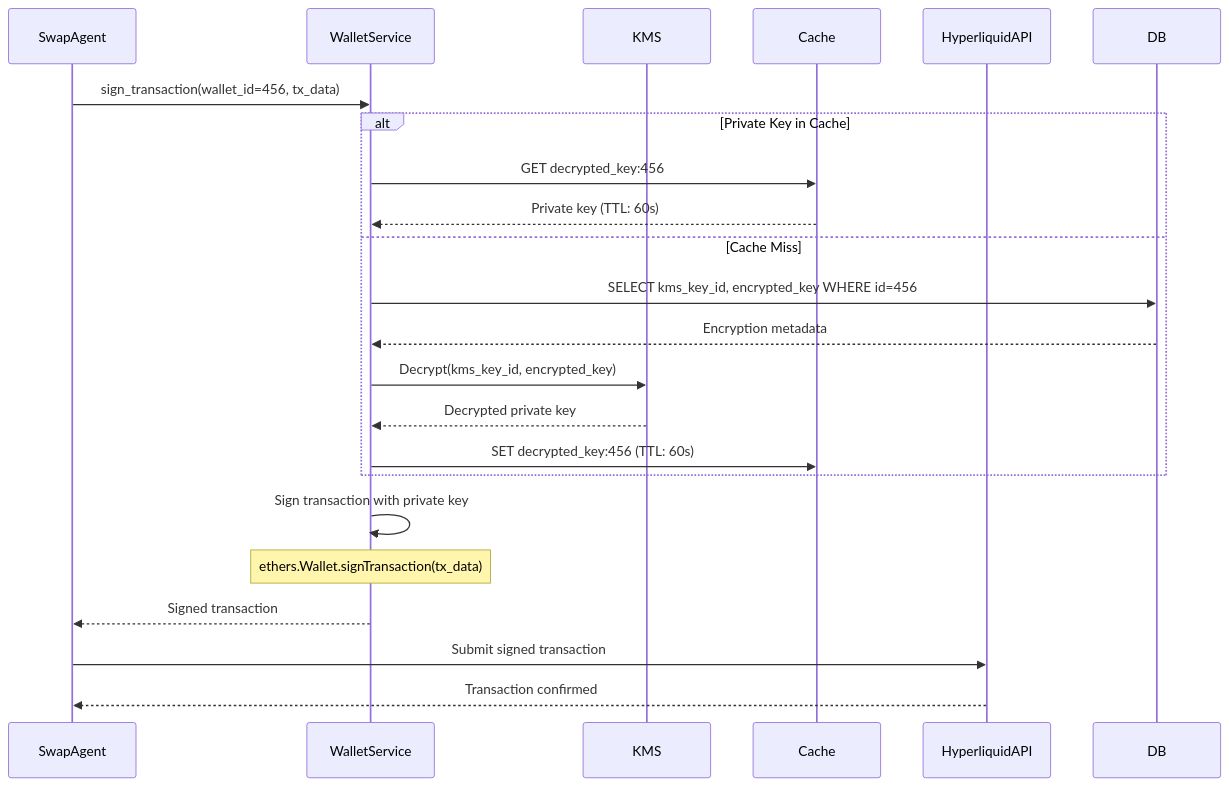
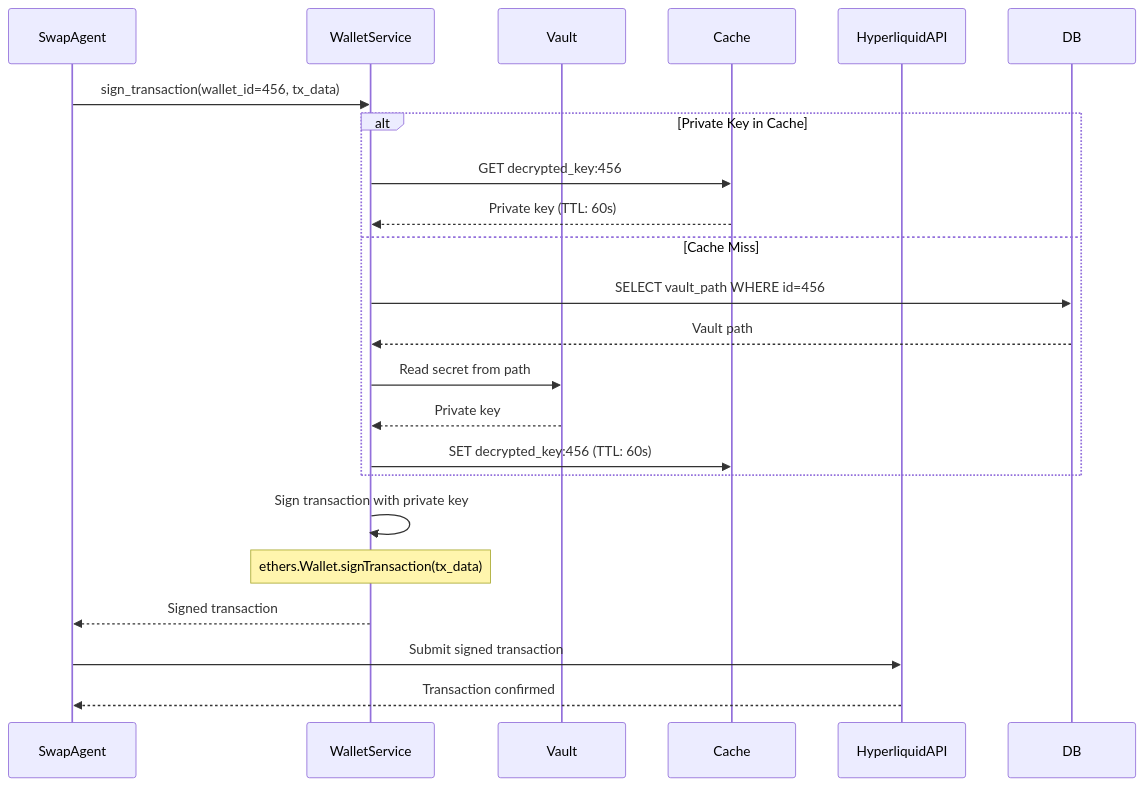
One commit to fabian416/anvil_backend changed the fourth of 5 diagrams in docs/ceo/agents/swap/backend/01_HYPERLIQUID_WALLET_MANAGEMENT_SPEC.md. Above: the diagram before and after it, drawn with Mermaid. The commit also changed other lines of this file and 3 other files, not shown here.

First line of the commit message:
docs: Update wallet spec to use HashiCorp Vault instead of AWS KMS

````diff
--- a/docs/ceo/agents/swap/backend/01_HYPERLIQUID_WALLET_MANAGEMENT_SPEC.md
+++ b/docs/ceo/agents/swap/backend/01_HYPERLIQUID_WALLET_MANAGEMENT_SPEC.md
@@ -118,27 +118,27 @@
 ```mermaid
 sequenceDiagram
     participant SwapAgent
     participant WalletService
-    participant KMS
+    participant Vault
     participant Cache
     participant HyperliquidAPI
 
     SwapAgent->>WalletService: sign_transaction(wallet_id=456, tx_data)
 
     alt Private Key in Cache
         WalletService->>Cache: GET decrypted_key:456
         Cache-->>WalletService: Private key (TTL: 60s)
     else Cache Miss
-        WalletService->>DB: SELECT kms_key_id, encrypted_key WHERE id=456
-        DB-->>WalletService: Encryption metadata
-        WalletService->>KMS: Decrypt(kms_key_id, encrypted_key)
-        KMS-->>WalletService: Decrypted private key
+        WalletService->>DB: SELECT vault_path WHERE id=456
+        DB-->>WalletService: Vault path
+        WalletService->>Vault: Read secret from path
+        Vault-->>WalletService: Private key
         WalletService->>Cache: SET decrypted_key:456 (TTL: 60s)
     end
 
     WalletService->>WalletService: Sign transaction with private key
     Note over WalletService: ethers.Wallet.signTransaction(tx_data)
     WalletService-->>SwapAgent: Signed transaction
     SwapAgent->>HyperliquidAPI: Submit signed transaction
     HyperliquidAPI-->>SwapAgent: Transaction confirmed
 ```
````
